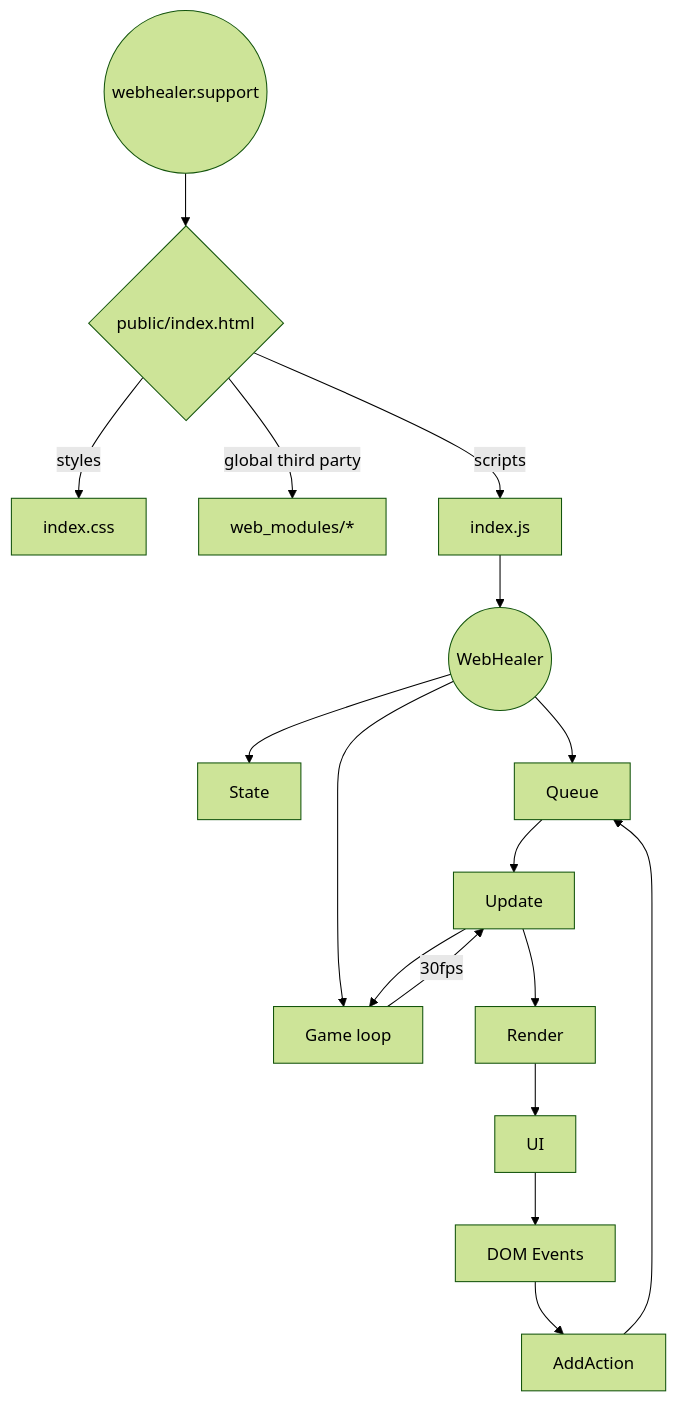
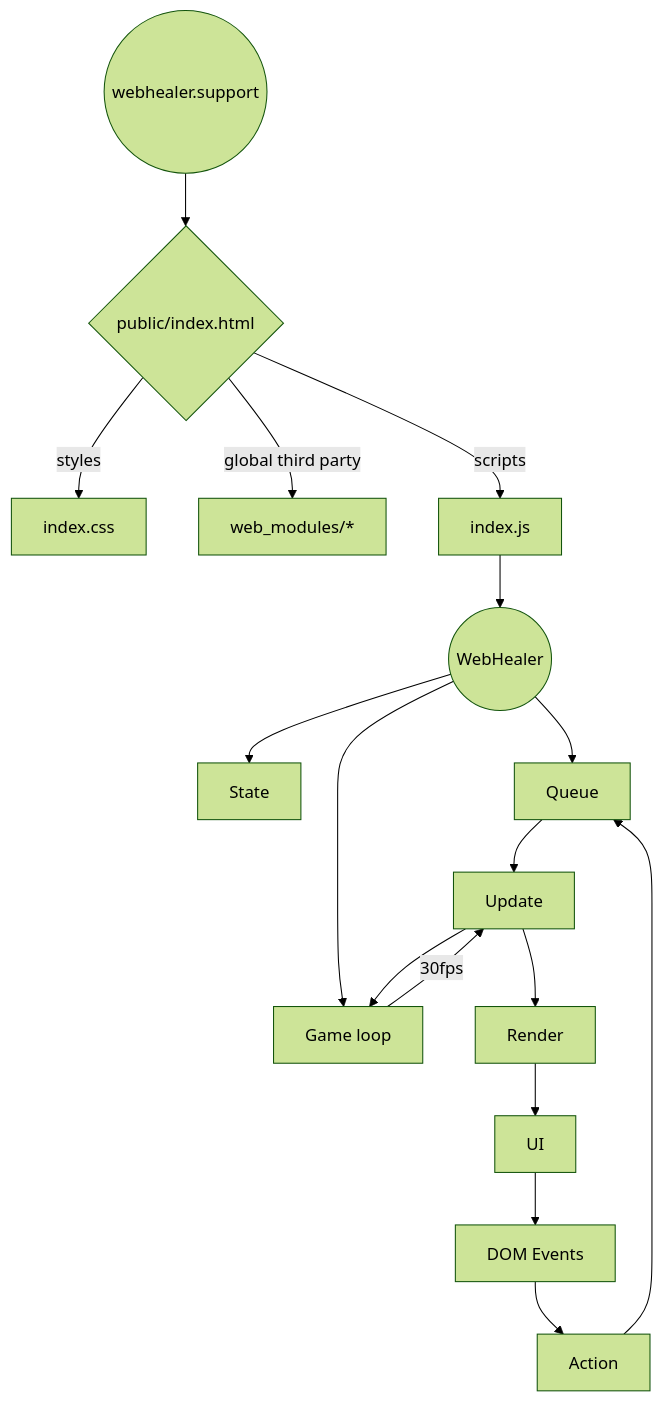
The diagram in README.md (oskarrough/webhealer), drawn with Mermaid (forest theme) before and after one commit. The commit also changed 3 other files, not shown here.

````diff
--- a/README.md
+++ b/README.md
@@ -48,15 +48,15 @@
 ```mermaid
 graph
     www((webhealer.support)) --> html{public/index.html}
     html -->|styles| css[index.css]
     html -->|global third party| deps[web_modules/*]
     html -->|scripts| js[index.js] -->  w((WebHealer))
     w --> State
     w --> Queue
     w --> Loop[Game loop] --> |30fps| Update --> Render --> UI
-   
+
     Update --> Loop
     Queue --> Update
 
-    UI --> Events[DOM Events] --> AddAction --> Queue
+    UI --> Events[DOM Events] --> Action --> Queue
 ```
````
